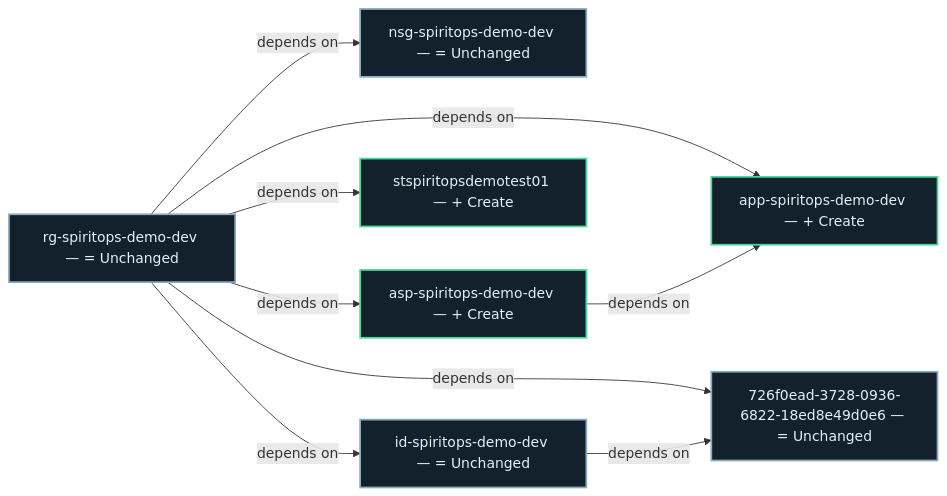
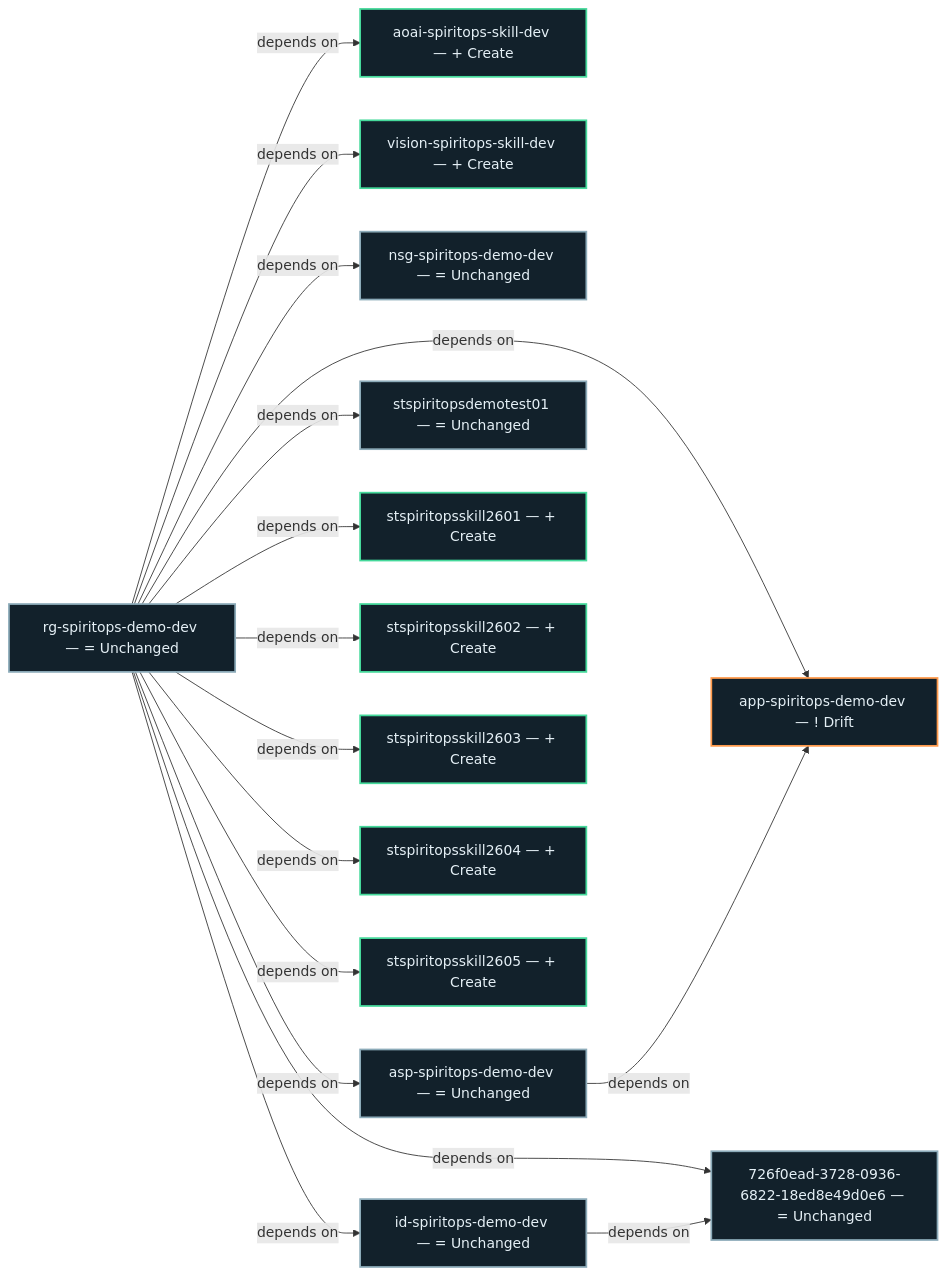
The diagram in .spiritops/architecture/current/graph.mmd (jeffy555/terraform-onboarding-full-flow), drawn with Mermaid before and after one commit. The commit also changed 12 other files, not shown here.

Commit message:
spiritops: build 01M5VHRZMDD2A1QPZQY752YGKV — 7 add, 0 modify, 0 destroy, 1 drift

```diff
--- a/.spiritops/architecture/current/graph.mmd
+++ b/.spiritops/architecture/current/graph.mmd
@@ -1,23 +1,44 @@
 flowchart LR
-  n0ef718c26f4cd3fe35035ef9304cbd28bc4518941dd40ba07ae4b16fc29d0202["app-spiritops-demo-dev — #43; Create"]
-  style n0ef718c26f4cd3fe35035ef9304cbd28bc4518941dd40ba07ae4b16fc29d0202 fill:#12212b,color:#e5f0f6,stroke:#45d99b,stroke-width:2px
+  n0802edd44aa523d7a7b4c94a1eaf7e12fe46d0e46be0e5f545d6a581bf97c983["aoai-spiritops-skill-dev — #43; Create"]
+  style n0802edd44aa523d7a7b4c94a1eaf7e12fe46d0e46be0e5f545d6a581bf97c983 fill:#12212b,color:#e5f0f6,stroke:#45d99b,stroke-width:2px
+  n677728a4b675c94547e48c2a4ecb517f9833eb769cc50a5f9edd801996ddd9da["vision-spiritops-skill-dev — #43; Create"]
+  style n677728a4b675c94547e48c2a4ecb517f9833eb769cc50a5f9edd801996ddd9da fill:#12212b,color:#e5f0f6,stroke:#45d99b,stroke-width:2px
+  n0ef718c26f4cd3fe35035ef9304cbd28bc4518941dd40ba07ae4b16fc29d0202["app-spiritops-demo-dev — #33; Drift"]
+  style n0ef718c26f4cd3fe35035ef9304cbd28bc4518941dd40ba07ae4b16fc29d0202 fill:#12212b,color:#e5f0f6,stroke:#ff9a4c,stroke-width:2px
   nfe07e5e70c45433f9e8025a4a370fd4dfadf120653035f64b0514bdc3a40c262["nsg-spiritops-demo-dev — #61; Unchanged"]
   style nfe07e5e70c45433f9e8025a4a370fd4dfadf120653035f64b0514bdc3a40c262 fill:#12212b,color:#e5f0f6,stroke:#8cabb9,stroke-width:2px
   n59bc55bf7437e0fb00a5e7c8a0586c7c8bfaa3bd9ee80be54a259083c4c227c1["rg-spiritops-demo-dev — #61; Unchanged"]
   style n59bc55bf7437e0fb00a5e7c8a0586c7c8bfaa3bd9ee80be54a259083c4c227c1 fill:#12212b,color:#e5f0f6,stroke:#8cabb9,stroke-width:2px
   n385a88de0373abefec0d5524e98e58296ddcba70b9e3c74398e2be2d14ddcfba["726f0ead-3728-0936-6822-18ed8e49d0e6 — #61; Unchanged"]
   style n385a88de0373abefec0d5524e98e58296ddcba70b9e3c74398e2be2d14ddcfba fill:#12212b,color:#e5f0f6,stroke:#8cabb9,stroke-width:2px
-  n617382185b001256a91147d15315c7027036724e256ca6b098ecf52655cc2f2f["asp-spiritops-demo-dev — #43; Create"]
-  style n617382185b001256a91147d15315c7027036724e256ca6b098ecf52655cc2f2f fill:#12212b,color:#e5f0f6,stroke:#45d99b,stroke-width:2px
-  nf8cdbf0d2487110d1e3acafc17d1ab3fb58f77a3c68b571d5b2327c65abcc582["stspiritopsdemotest01 — #43; Create"]
-  style nf8cdbf0d2487110d1e3acafc17d1ab3fb58f77a3c68b571d5b2327c65abcc582 fill:#12212b,color:#e5f0f6,stroke:#45d99b,stroke-width:2px
+  n617382185b001256a91147d15315c7027036724e256ca6b098ecf52655cc2f2f["asp-spiritops-demo-dev — #61; Unchanged"]
+  style n617382185b001256a91147d15315c7027036724e256ca6b098ecf52655cc2f2f fill:#12212b,color:#e5f0f6,stroke:#8cabb9,stroke-width:2px
+  nf8cdbf0d2487110d1e3acafc17d1ab3fb58f77a3c68b571d5b2327c65abcc582["stspiritopsdemotest01 — #61; Unchanged"]
+  style nf8cdbf0d2487110d1e3acafc17d1ab3fb58f77a3c68b571d5b2327c65abcc582 fill:#12212b,color:#e5f0f6,stroke:#8cabb9,stroke-width:2px
+  nc3745af686eb6cc8ee6f2efc623980d5f17354e978b49c8b091266d7c15a2597["stspiritopsskill2601 — #43; Create"]
+  style nc3745af686eb6cc8ee6f2efc623980d5f17354e978b49c8b091266d7c15a2597 fill:#12212b,color:#e5f0f6,stroke:#45d99b,stroke-width:2px
+  n124d790b91a8e4b20bbdfdb99e2953c90622f7245d17e4fcc1353f3c8ee15b01["stspiritopsskill2602 — #43; Create"]
+  style n124d790b91a8e4b20bbdfdb99e2953c90622f7245d17e4fcc1353f3c8ee15b01 fill:#12212b,color:#e5f0f6,stroke:#45d99b,stroke-width:2px
+  ne50dd0f127c69874817d27d8bac55bc2090827081d0e735fb2fc7631e76f649c["stspiritopsskill2603 — #43; Create"]
+  style ne50dd0f127c69874817d27d8bac55bc2090827081d0e735fb2fc7631e76f649c fill:#12212b,color:#e5f0f6,stroke:#45d99b,stroke-width:2px
+  n392f17f21a5a2640f6b55ba8442197129dfc2315d17c18551ebc14bbfc3c2afa["stspiritopsskill2604 — #43; Create"]
+  style n392f17f21a5a2640f6b55ba8442197129dfc2315d17c18551ebc14bbfc3c2afa fill:#12212b,color:#e5f0f6,stroke:#45d99b,stroke-width:2px
+  n45809cad8c15cd6e856182306e7e92e533d15f0c316f97ff648f425c3ea4d33f["stspiritopsskill2605 — #43; Create"]
+  style n45809cad8c15cd6e856182306e7e92e533d15f0c316f97ff648f425c3ea4d33f fill:#12212b,color:#e5f0f6,stroke:#45d99b,stroke-width:2px
   n337e9da0c57f16e599f088bcd95eb46617fc4d2bf8e55bcc1f600a2c16202d7a["id-spiritops-demo-dev — #61; Unchanged"]
   style n337e9da0c57f16e599f088bcd95eb46617fc4d2bf8e55bcc1f600a2c16202d7a fill:#12212b,color:#e5f0f6,stroke:#8cabb9,stroke-width:2px
+  n59bc55bf7437e0fb00a5e7c8a0586c7c8bfaa3bd9ee80be54a259083c4c227c1 -->|"depends on"| n0802edd44aa523d7a7b4c94a1eaf7e12fe46d0e46be0e5f545d6a581bf97c983
+  n59bc55bf7437e0fb00a5e7c8a0586c7c8bfaa3bd9ee80be54a259083c4c227c1 -->|"depends on"| n677728a4b675c94547e48c2a4ecb517f9833eb769cc50a5f9edd801996ddd9da
   n59bc55bf7437e0fb00a5e7c8a0586c7c8bfaa3bd9ee80be54a259083c4c227c1 -->|"depends on"| n0ef718c26f4cd3fe35035ef9304cbd28bc4518941dd40ba07ae4b16fc29d0202
   n59bc55bf7437e0fb00a5e7c8a0586c7c8bfaa3bd9ee80be54a259083c4c227c1 -->|"depends on"| nfe07e5e70c45433f9e8025a4a370fd4dfadf120653035f64b0514bdc3a40c262
   n59bc55bf7437e0fb00a5e7c8a0586c7c8bfaa3bd9ee80be54a259083c4c227c1 -->|"depends on"| n385a88de0373abefec0d5524e98e58296ddcba70b9e3c74398e2be2d14ddcfba
   n59bc55bf7437e0fb00a5e7c8a0586c7c8bfaa3bd9ee80be54a259083c4c227c1 -->|"depends on"| n617382185b001256a91147d15315c7027036724e256ca6b098ecf52655cc2f2f
   n59bc55bf7437e0fb00a5e7c8a0586c7c8bfaa3bd9ee80be54a259083c4c227c1 -->|"depends on"| nf8cdbf0d2487110d1e3acafc17d1ab3fb58f77a3c68b571d5b2327c65abcc582
+  n59bc55bf7437e0fb00a5e7c8a0586c7c8bfaa3bd9ee80be54a259083c4c227c1 -->|"depends on"| nc3745af686eb6cc8ee6f2efc623980d5f17354e978b49c8b091266d7c15a2597
+  n59bc55bf7437e0fb00a5e7c8a0586c7c8bfaa3bd9ee80be54a259083c4c227c1 -->|"depends on"| n124d790b91a8e4b20bbdfdb99e2953c90622f7245d17e4fcc1353f3c8ee15b01
+  n59bc55bf7437e0fb00a5e7c8a0586c7c8bfaa3bd9ee80be54a259083c4c227c1 -->|"depends on"| ne50dd0f127c69874817d27d8bac55bc2090827081d0e735fb2fc7631e76f649c
+  n59bc55bf7437e0fb00a5e7c8a0586c7c8bfaa3bd9ee80be54a259083c4c227c1 -->|"depends on"| n392f17f21a5a2640f6b55ba8442197129dfc2315d17c18551ebc14bbfc3c2afa
+  n59bc55bf7437e0fb00a5e7c8a0586c7c8bfaa3bd9ee80be54a259083c4c227c1 -->|"depends on"| n45809cad8c15cd6e856182306e7e92e533d15f0c316f97ff648f425c3ea4d33f
   n59bc55bf7437e0fb00a5e7c8a0586c7c8bfaa3bd9ee80be54a259083c4c227c1 -->|"depends on"| n337e9da0c57f16e599f088bcd95eb46617fc4d2bf8e55bcc1f600a2c16202d7a
   n617382185b001256a91147d15315c7027036724e256ca6b098ecf52655cc2f2f -->|"depends on"| n0ef718c26f4cd3fe35035ef9304cbd28bc4518941dd40ba07ae4b16fc29d0202
   n337e9da0c57f16e599f088bcd95eb46617fc4d2bf8e55bcc1f600a2c16202d7a -->|"depends on"| n385a88de0373abefec0d5524e98e58296ddcba70b9e3c74398e2be2d14ddcfba
```
